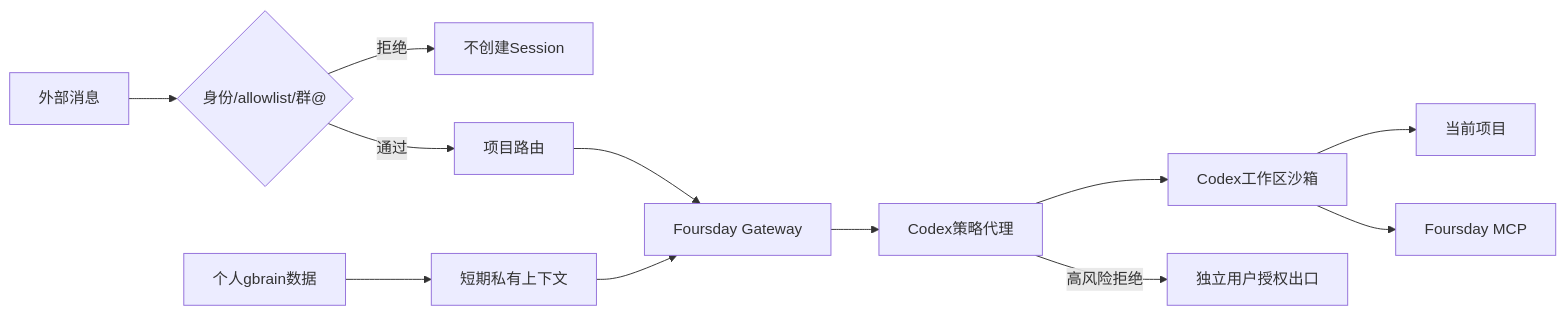
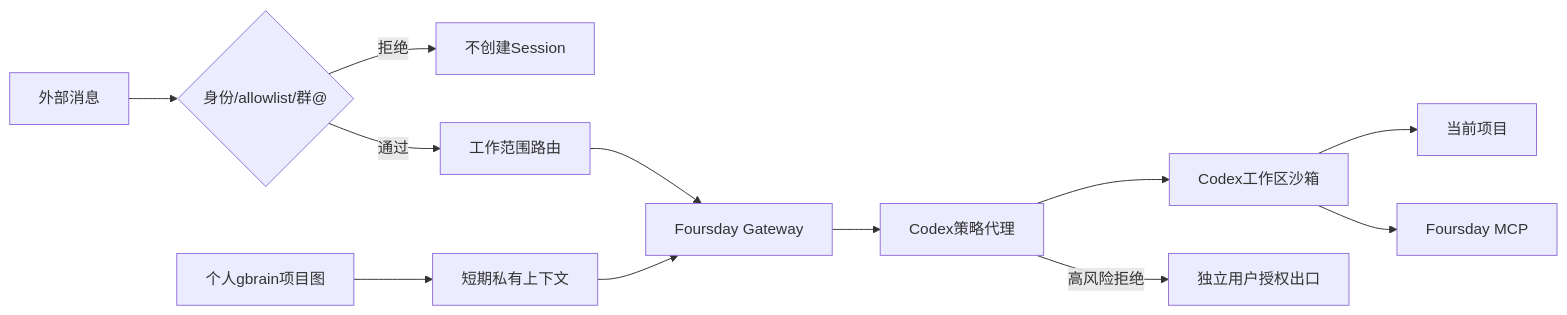
Before and after one commit to ruiwang20010702/foursday: the diagram in docs/指南/安全说明.md, drawn with Mermaid. The commit also changed other lines of this file and 55 other files, not shown here.

````diff
--- a/docs/指南/安全说明.md
+++ b/docs/指南/安全说明.md
@@ -32,14 +33,14 @@
 ```mermaid
 flowchart LR
     U["外部消息"] --> I{"身份/allowlist/群@"}
     I -->|"拒绝"| DROP["不创建Session"]
-    I -->|"通过"| R["项目路由"]
-    G["个人gbrain数据"] --> CTX["短期私有上下文"]
+    I -->|"通过"| R["工作范围路由"]
+    G["个人gbrain项目图"] --> CTX["短期私有上下文"]
     R --> GW["Foursday Gateway"]
     CTX --> GW
     GW --> P["Codex策略代理"]
     P --> C["Codex工作区沙箱"]
     C --> W["当前项目"]
     C --> M["Foursday MCP"]
     P -->|"高风险拒绝"| STOP["独立用户授权出口"]
 ```
````
